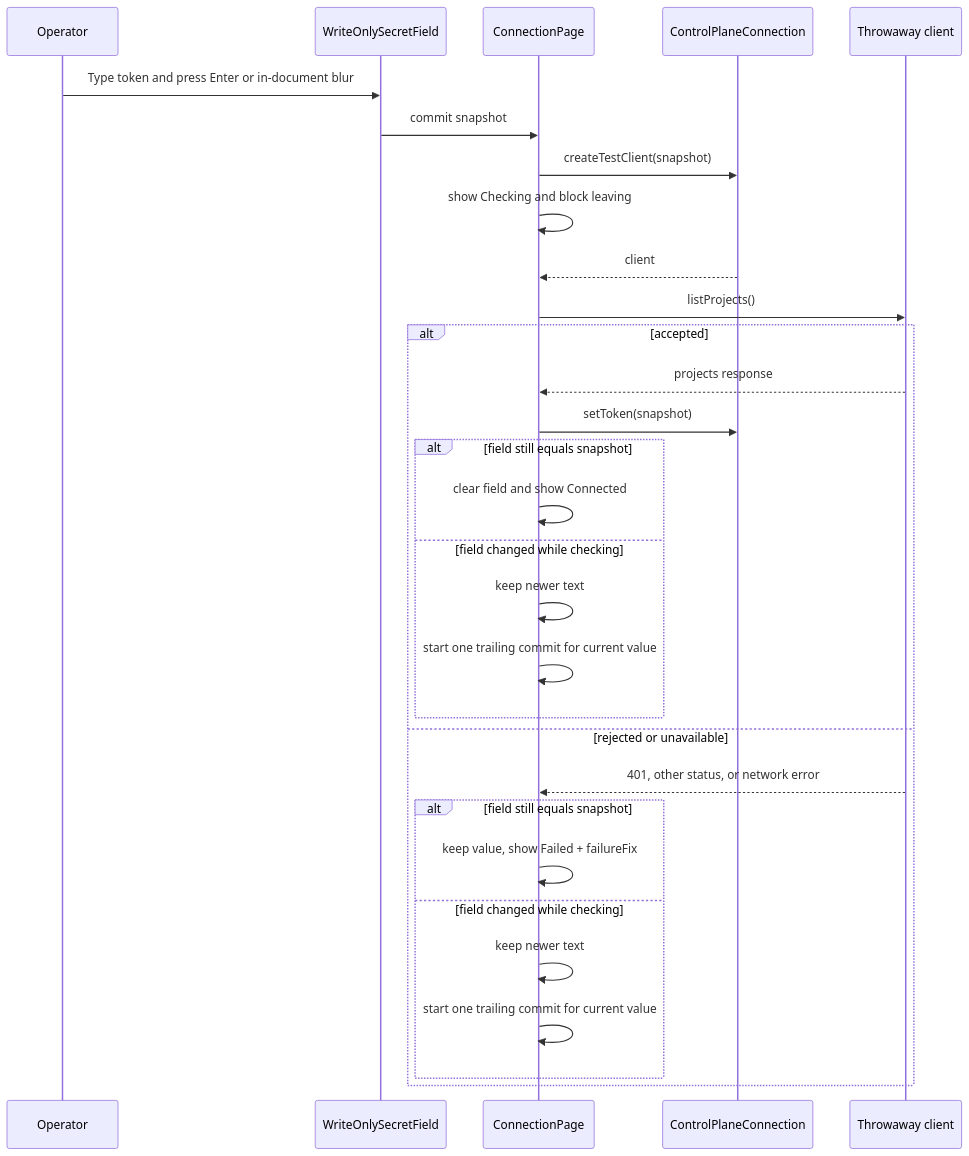
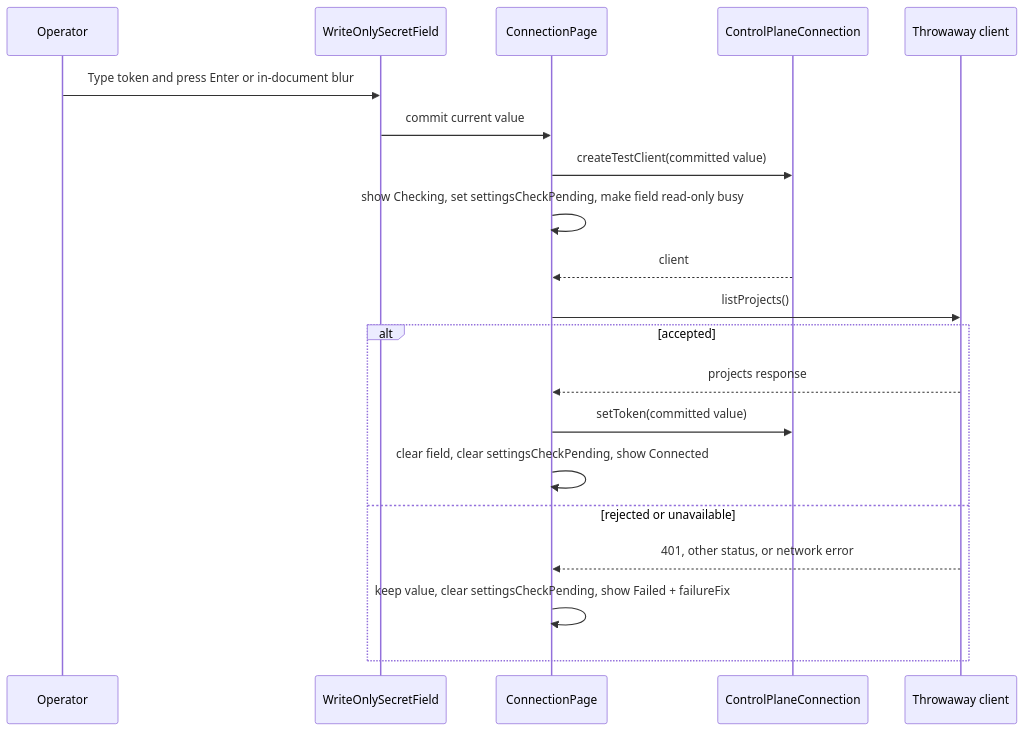
The fourth of 4 diagrams in context-human/specs/feature-settings-back-button-connection-apply-on-commit.md (markdstafford/autocatalyst), drawn with Mermaid before and after one commit. The commit also changed other lines of this file, not shown here.

Commit message:
docs: revise feature spec settings-back-button-connection-apply-on-commit

````diff
--- a/context-human/specs/feature-settings-back-button-connection-apply-on-commit.md
+++ b/context-human/specs/feature-settings-back-button-connection-apply-on-commit.md
@@ -222,33 +222,23 @@
 ```mermaid
 sequenceDiagram
     participant Operator
     participant Field as WriteOnlySecretField
     participant Page as ConnectionPage
     participant Conn as ControlPlaneConnection
     participant Client as Throwaway client
 
     Operator->>Field: Type token and press Enter or in-document blur
-    Field->>Page: commit snapshot
-    Page->>Conn: createTestClient(snapshot)
-    Page->>Page: show Checking and block leaving
+    Field->>Page: commit current value
+    Page->>Conn: createTestClient(committed value)
+    Page->>Page: show Checking, set settingsCheckPending, make field read-only busy
     Conn-->>Page: client
     Page->>Client: listProjects()
     alt accepted
         Client-->>Page: projects response
-        Page->>Conn: setToken(snapshot)
-        alt field still equals snapshot
-            Page->>Page: clear field and show Connected
-        else field changed while checking
-            Page->>Page: keep newer text
-            Page->>Page: start one trailing commit for current value
-        end
+        Page->>Conn: setToken(committed value)
+        Page->>Page: clear field, clear settingsCheckPending, show Connected
     else rejected or unavailable
         Client-->>Page: 401, other status, or network error
-        alt field still equals snapshot
-            Page->>Page: keep value, show Failed + failureFix
-        else field changed while checking
-            Page->>Page: keep newer text
-            Page->>Page: start one trailing commit for current value
-        end
+        Page->>Page: keep value, clear settingsCheckPending, show Failed + failureFix
     end
 ```
````
